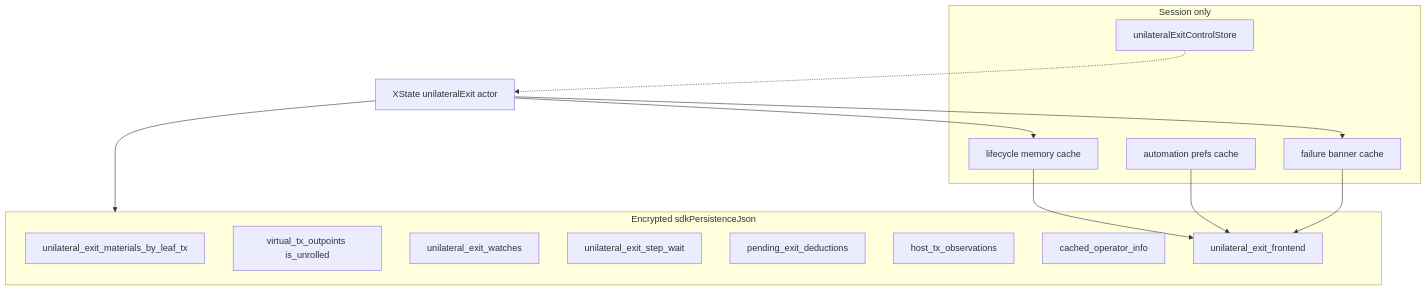
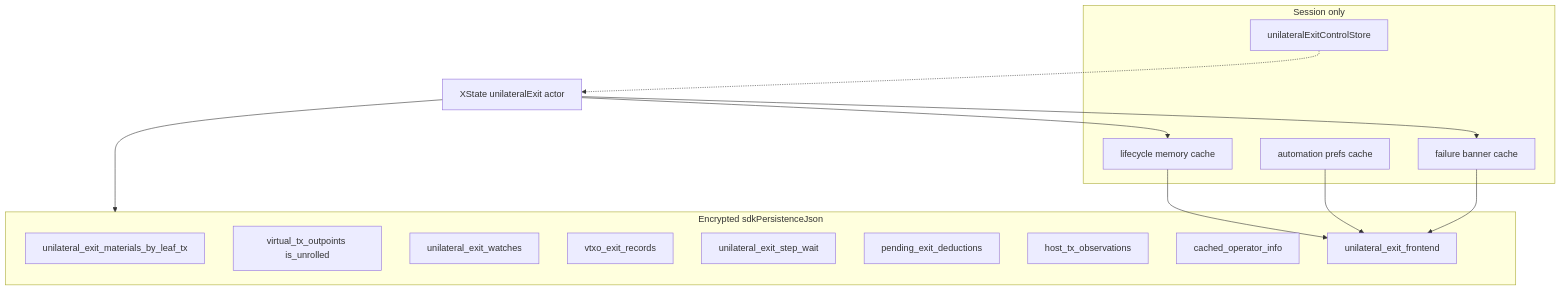
One commit to Radivis/bitboard-pwa-wallet changed the diagram in docs/persistence/unilateral-exit.md. Above: the diagram before and after it, drawn with Mermaid. The commit also changed other lines of this file and 43 other files, not shown here.

````diff
--- a/docs/persistence/unilateral-exit.md
+++ b/docs/persistence/unilateral-exit.md
@@ -7,27 +7,28 @@
 ```mermaid
 flowchart TB
   subgraph wasmLayer [Encrypted sdkPersistenceJson]
     materials[unilateral_exit_materials_by_leaf_tx]
     vtxos[virtual_tx_outpoints is_unrolled]
     watches[unilateral_exit_watches]
+    records[vtxo_exit_records]
     stepWait[unilateral_exit_step_wait]
     deductions[pending_exit_deductions]
     hostObs[host_tx_observations]
     cachedInfo[cached_operator_info]
     frontendBundle[unilateral_exit_frontend]
   end
   subgraph memoryOnly [Session only]
     jobCache[lifecycle memory cache]
     prefsCache[automation prefs cache]
     failureCache[failure banner cache]
     controlStore[unilateralExitControlStore]
   end
   actor[XState unilateralExit actor]
   actor --> jobCache
   actor --> failureCache
   actor --> wasmLayer
   jobCache --> frontendBundle
   prefsCache --> frontendBundle
   failureCache --> frontendBundle
   controlStore -.-> actor
 ```
````
